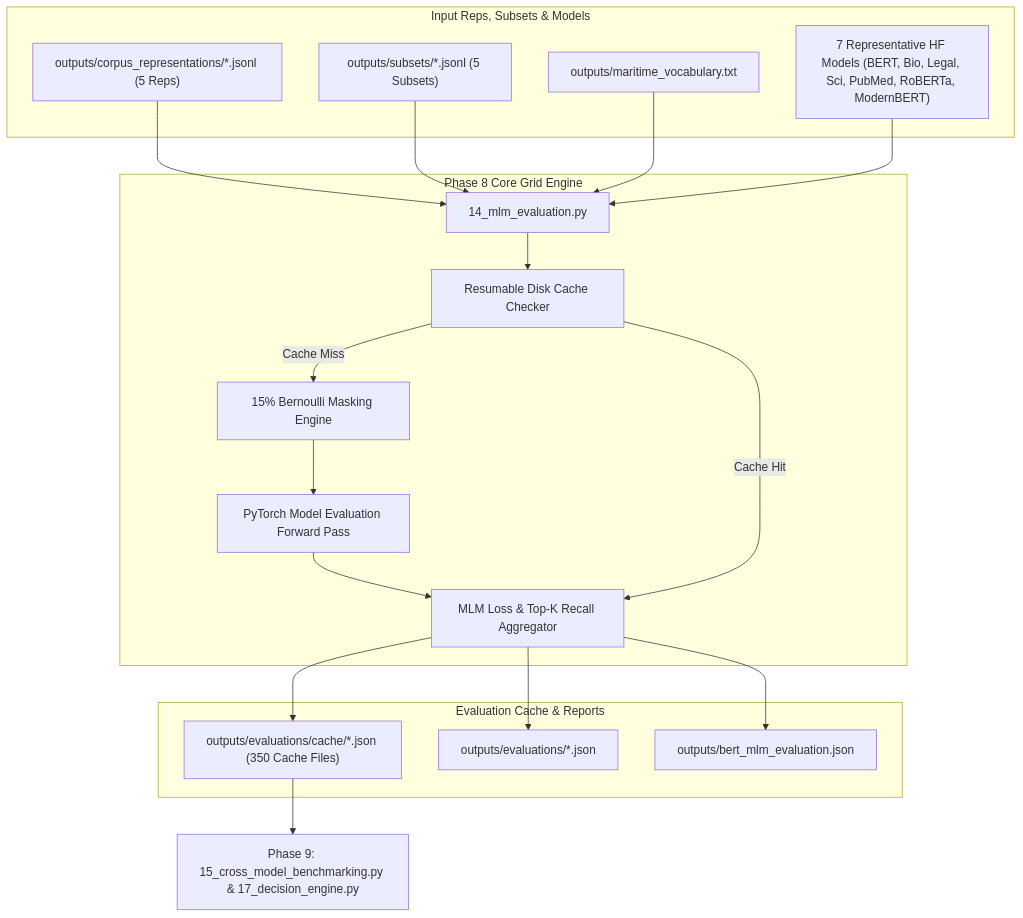
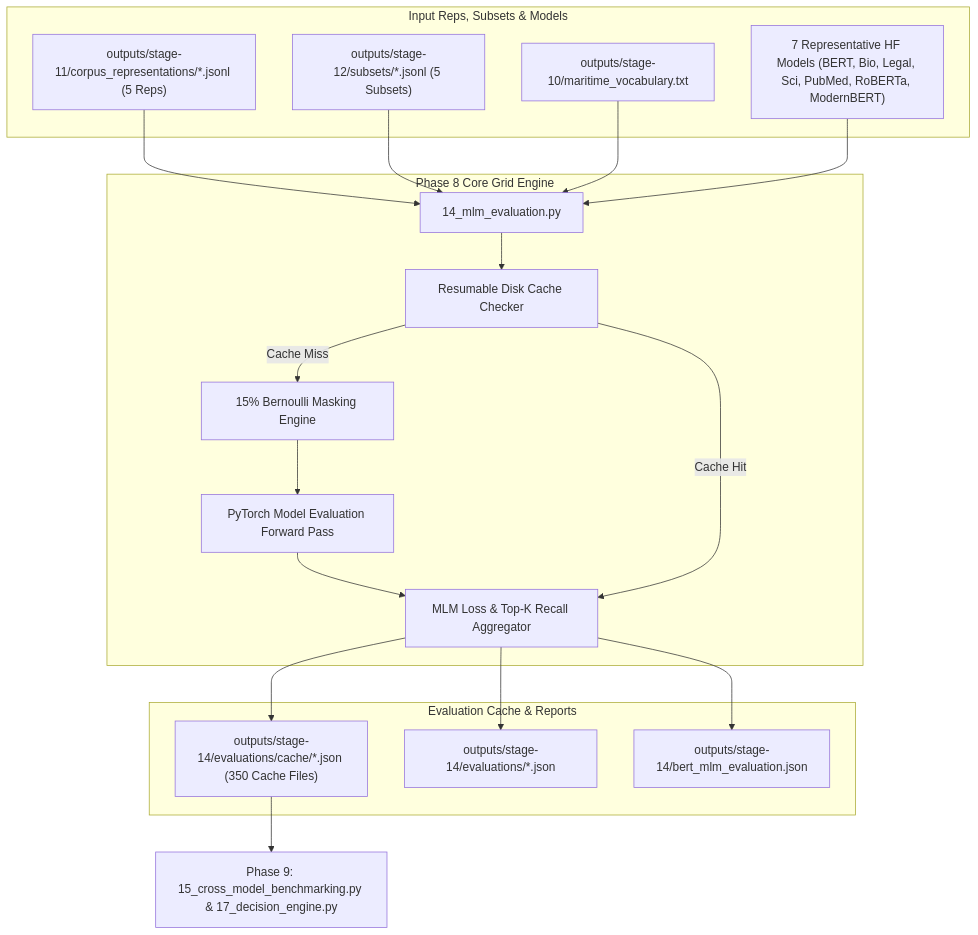
One commit to AbhishekYadav2207/TSBC-MaritimePipeline-PR changed the diagram in documentation/08_phase8_mlm_evaluation.md. Above: the diagram before and after it, drawn with Mermaid. The commit also changed other lines of this file and 18 other files, not shown here.

````diff
--- a/documentation/08_phase8_mlm_evaluation.md
+++ b/documentation/08_phase8_mlm_evaluation.md
@@ -13,33 +13,33 @@
 ```mermaid
 flowchart TD
     subgraph Inputs ["Input Reps, Subsets & Models"]
-        RepsDir["outputs/corpus_representations/*.jsonl (5 Reps)"]
-        SubsetsDir["outputs/subsets/*.jsonl (5 Subsets)"]
-        VocabTXT["outputs/maritime_vocabulary.txt"]
+        RepsDir["outputs/stage-11/corpus_representations/*.jsonl (5 Reps)"]
+        SubsetsDir["outputs/stage-12/subsets/*.jsonl (5 Subsets)"]
+        VocabTXT["outputs/stage-10/maritime_vocabulary.txt"]
         HFModels["7 Representative HF Models (BERT, Bio, Legal, Sci, PubMed, RoBERTa, ModernBERT)"]
     end
 
     subgraph Processing ["Phase 8 Core Grid Engine"]
         S14["14_mlm_evaluation.py"]
         CacheCheck["Resumable Disk Cache Checker"]
         MaskingEngine["15% Bernoulli Masking Engine"]
         MLMForward["PyTorch Model Evaluation Forward Pass"]
         MetricAggregator["MLM Loss & Top-K Recall Aggregator"]
     end
 
     subgraph Outputs ["Evaluation Cache & Reports"]
-        CacheFolder["outputs/evaluations/cache/*.json (350 Cache Files)"]
-        ModelSummaries["outputs/evaluations/*.json"]
-        BertLegacy["outputs/bert_mlm_evaluation.json"]
+        CacheFolder["outputs/stage-14/evaluations/cache/*.json (350 Cache Files)"]
+        ModelSummaries["outputs/stage-14/evaluations/*.json"]
+        BertLegacy["outputs/stage-14/bert_mlm_evaluation.json"]
     end
 
     RepsDir & SubsetsDir & VocabTXT & HFModels --> S14
     S14 --> CacheCheck
     CacheCheck -- Cache Miss --> MaskingEngine
     MaskingEngine --> MLMForward
     MLMForward --> MetricAggregator
     MetricAggregator --> CacheFolder & ModelSummaries & BertLegacy
     CacheCheck -- Cache Hit --> MetricAggregator
 
     CacheFolder --> NextPhase9["Phase 9: 15_cross_model_benchmarking.py & 17_decision_engine.py"]
 ```
````
